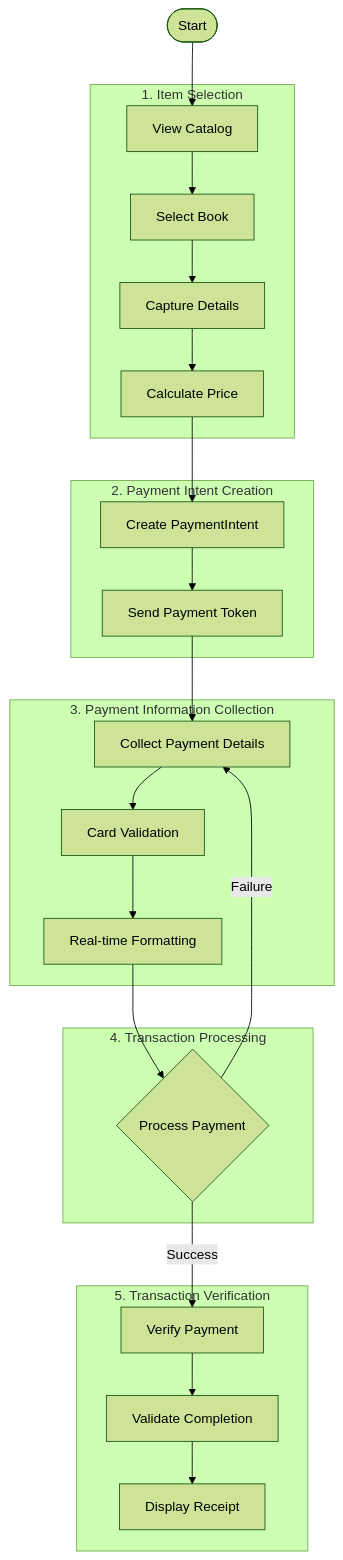
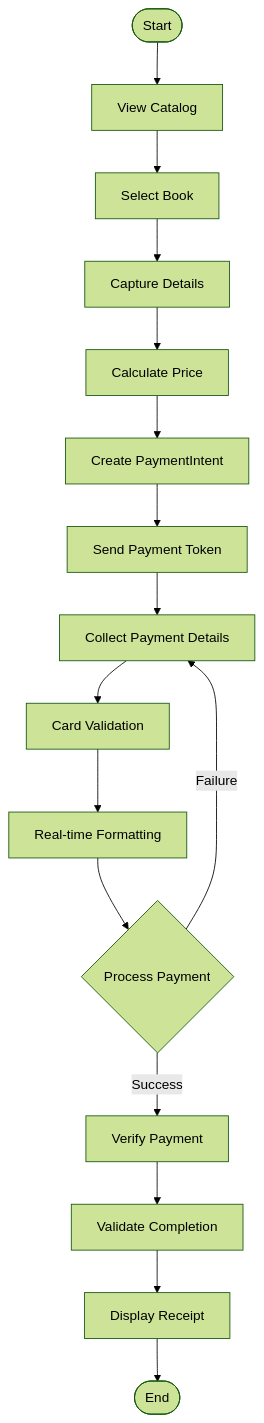
Before and after one commit to therealkevops/sa-thp-solution: the diagram in README.md, drawn with Mermaid (forest theme).

Commit message:
minor edits

````diff
--- a/README.md
+++ b/README.md
@@ -65,37 +65,18 @@
 ```mermaid
 flowchart TB
     A([Start]) --> B1[View Catalog]
     B1 --> B2[Select Book]
     B2 --> B3[Capture Details]
     B3 --> B4[Calculate Price]
     B4 --> C[Create PaymentIntent]
     C --> D[Send Payment Token]
     D --> E[Collect Payment Details]
     E --> E1[Card Validation]
     E1 --> E2[Real-time Formatting]
     E2 --> F{Process Payment}
     F -->|Success| G[Verify Payment]
     F -->|Failure| E
     G --> G1[Validate Completion]
     G1 --> G2[Display Receipt]
-
-    subgraph Selection[1. Item Selection]
-        B1 & B2 & B3 & B4
-    end
-
-    subgraph Intent[2. Payment Intent Creation]
-        C & D
-    end
-
-    subgraph Collection[3. Payment Information Collection]
-        E & E1 & E2
-    end
-
-    subgraph Processing[4. Transaction Processing]
-        F
-    end
-
-    subgraph Verification[5. Transaction Verification]
-        G & G1 & G2
-    end
+    G2 --> H([End])
 ```
````
